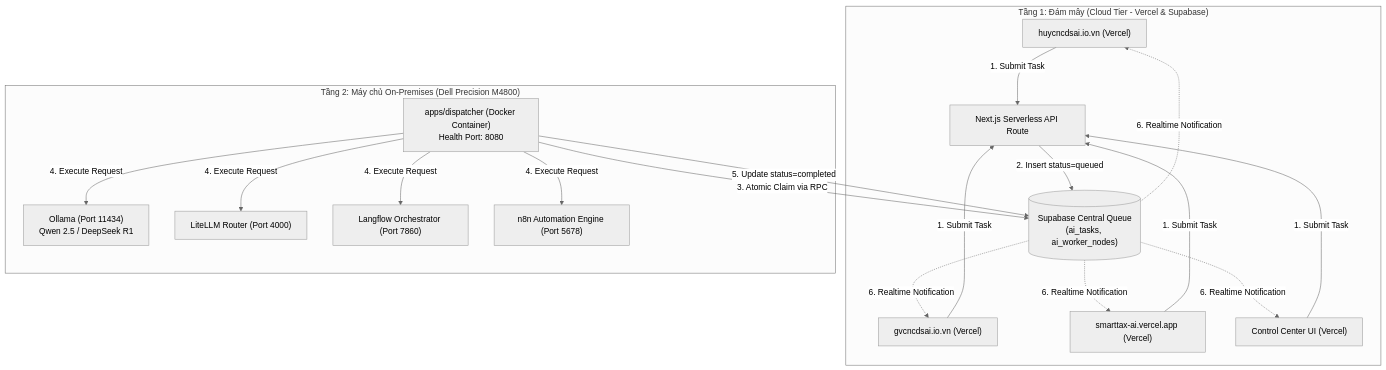
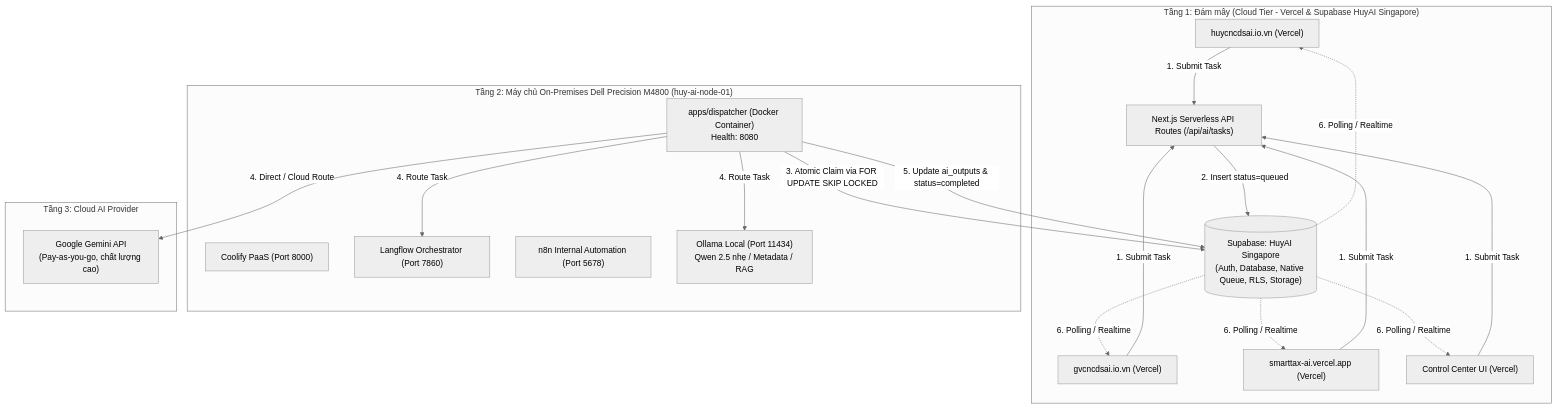
Before and after one commit to HuyTechonologyAI/huy-ai-center: the diagram in docs/DEPLOYMENT_MODEL.md, drawn with Mermaid (neutral theme). The commit also changed other lines of this file and 7 other files, not shown here.

Commit message:
feat(arch): apply Master Architecture V1.1 cost-optimized patch, add cost & budget skills, ADRs, and costs table

````diff
--- a/docs/DEPLOYMENT_MODEL.md
+++ b/docs/DEPLOYMENT_MODEL.md
@@ -11,31 +13,34 @@
 ```mermaid
 flowchart TD
-    subgraph Tier1["Tầng 1: Đám mây (Cloud Tier - Vercel & Supabase)"]
+    subgraph Tier1["Tầng 1: Đám mây (Cloud Tier - Vercel & Supabase HuyAI Singapore)"]
         W1["huycncdsai.io.vn (Vercel)"]
         W2["gvcncdsai.io.vn (Vercel)"]
         W3["smarttax-ai.vercel.app (Vercel)"]
         CC["Control Center UI (Vercel)"]
-        API["Next.js Serverless API Route"]
-        SupaQueue[("Supabase Central Queue\n(ai_tasks, ai_worker_nodes)")]
+        API["Next.js Serverless API Routes (/api/ai/tasks)"]
+        SupaQueue[("Supabase: HuyAI Singapore\n(Auth, Database, Native Queue, RLS, Storage)")]
     end
 
-    subgraph Tier2["Tầng 2: Máy chủ On-Premises (Dell Precision M4800)"]
-        Dispatcher["apps/dispatcher (Docker Container)\nHealth Port: 8080"]
-        Ollama["Ollama (Port 11434)\nQwen 2.5 / DeepSeek R1"]
-        LiteLLM["LiteLLM Router (Port 4000)"]
+    subgraph Tier2["Tầng 2: Máy chủ On-Premises Dell Precision M4800 (huy-ai-node-01)"]
+        Coolify["Coolify PaaS (Port 8000)"]
+        Dispatcher["apps/dispatcher (Docker Container)\nHealth: 8080"]
         Langflow["Langflow Orchestrator (Port 7860)"]
-        N8n["n8n Automation Engine (Port 5678)"]
+        N8n["n8n Internal Automation (Port 5678)"]
+        Ollama["Ollama Local (Port 11434)\nQwen 2.5 nhẹ / Metadata / RAG"]
+    end
+
+    subgraph Tier3["Tầng 3: Cloud AI Provider"]
+        Gemini["Google Gemini API\n(Pay-as-you-go, chất lượng cao)"]
     end
 
     W1 & W2 & W3 & CC -->|1. Submit Task| API
     API -->|2. Insert status=queued| SupaQueue
 
-    Dispatcher -->|3. Atomic Claim via RPC| SupaQueue
-    Dispatcher -->|4. Execute Request| Ollama
-    Dispatcher -->|4. Execute Request| LiteLLM
-    Dispatcher -->|4. Execute Request| Langflow
-    Dispatcher -->|4. Execute Request| N8n
+    Dispatcher -->|3. Atomic Claim via FOR UPDATE SKIP LOCKED| SupaQueue
+    Dispatcher -->|4. Route Task| Langflow
+    Dispatcher -->|4. Route Task| Ollama
+    Dispatcher -->|4. Direct / Cloud Route| Gemini
 
-    Dispatcher -->|5. Update status=completed| SupaQueue
-    SupaQueue -.->|6. Realtime Notification| W1 & W2 & W3 & CC
+    Dispatcher -->|5. Update ai_outputs & status=completed| SupaQueue
+    SupaQueue -.->|6. Polling / Realtime| W1 & W2 & W3 & CC
 ```
````
